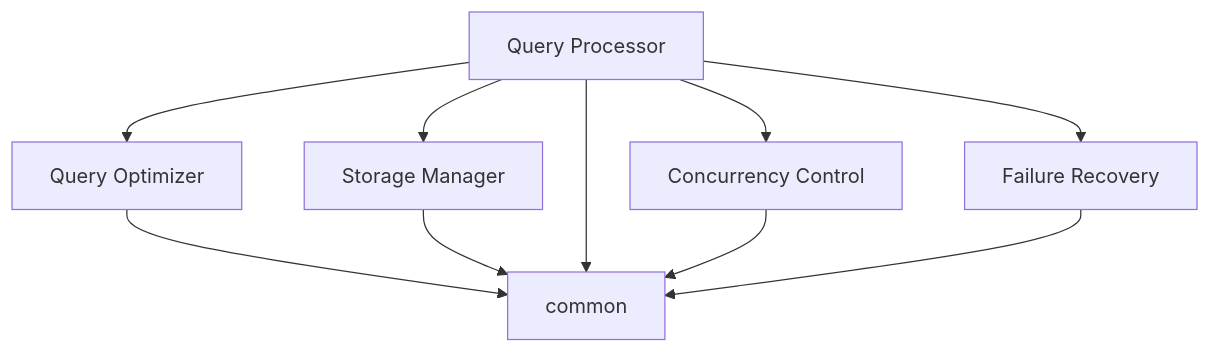
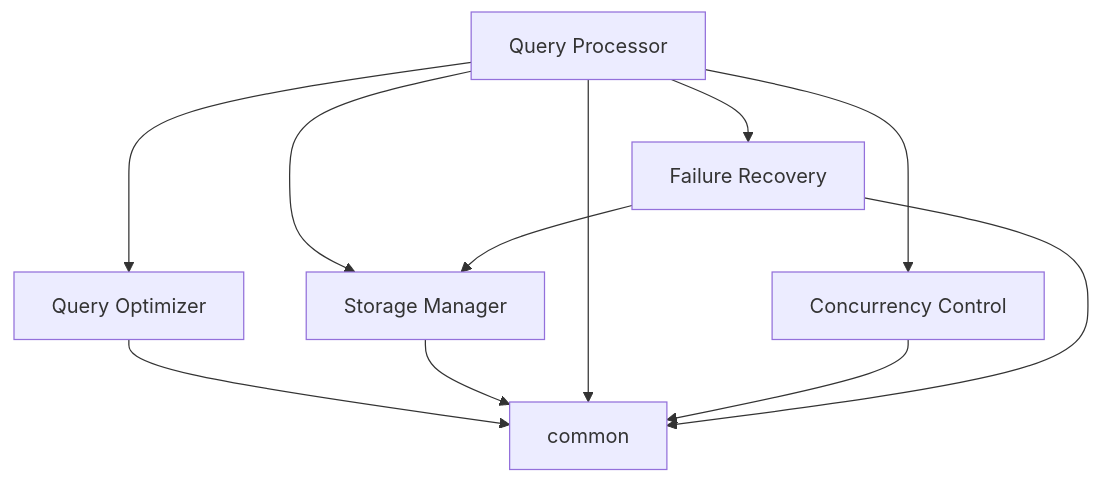
One commit to reletz/if-23-itb-notes changed the first of 2 diagrams in content/02. Catatan/IF3140 Sistem Basis Data/Rencana Kerja Umum.md. Above: the diagram before and after it, drawn with Mermaid.

Commit message:
Quartz sync: Nov 7, 2025, 9:57 PM

````diff
--- a/content/02. Catatan/IF3140 Sistem Basis Data/Rencana Kerja Umum.md
+++ b/content/02. Catatan/IF3140 Sistem Basis Data/Rencana Kerja Umum.md
@@ -16,13 +16,14 @@
 ```mermaid
 graph TD
 	QP["Query Processor"] --> QO["Query Optimizer"];
 	QP --> SM["Storage Manager"];
 	QP --> CCM["Concurrency Control"];
 	QP --> FRM["Failure Recovery"];
 	
 	QO --> COMMON["common"];
 	SM --> COMMON;
 	QP --> COMMON;
 	CCM --> COMMON;
 	FRM --> COMMON;
+	FRM --> SM;
 ```
````
